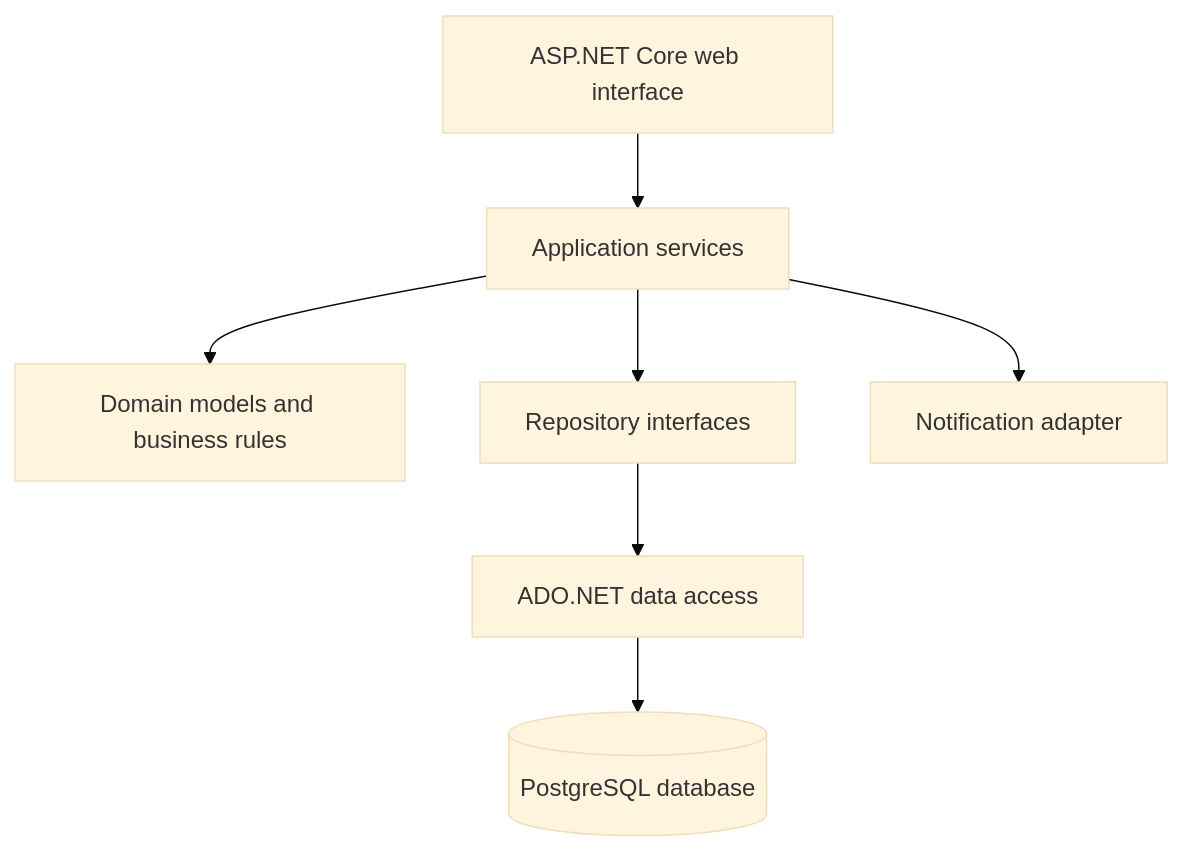
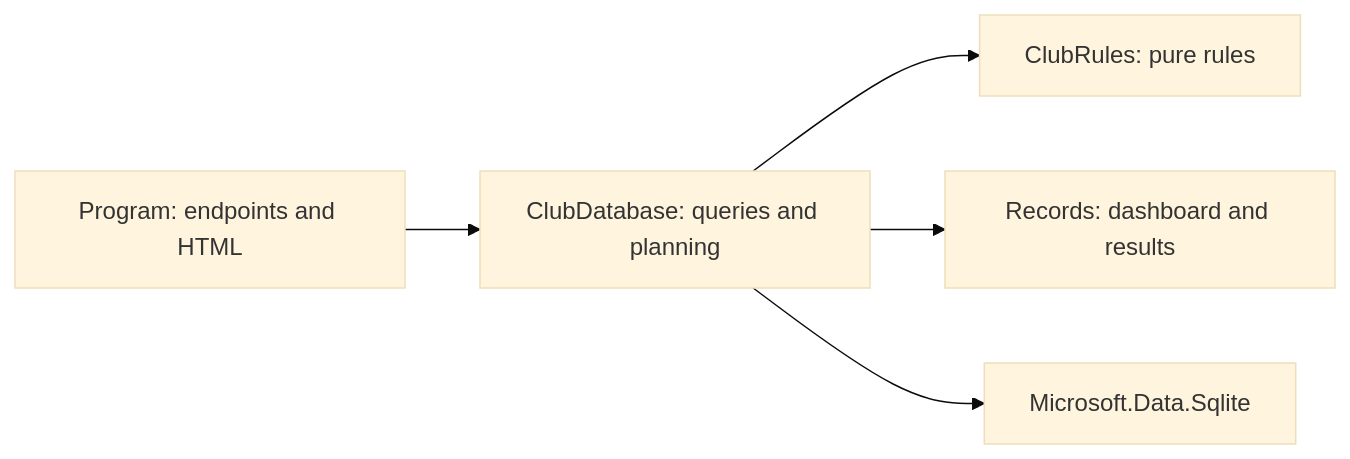
One commit to Daan5556/3-challenge changed the third of 3 diagrams in docs/design/software-design.md. Above: the diagram before and after it, drawn with Mermaid (base theme). The commit also changed other lines of this file and 21 other files, not shown here.

````diff
--- a/docs/design/software-design.md
+++ b/docs/design/software-design.md
@@ -43,9 +32,7 @@
 ```mermaid
-flowchart TB
-    UI[ASP.NET Core web interface] --> Services[Application services]
-    Services --> Domain[Domain models and business rules]
-    Services --> Repositories[Repository interfaces]
-    Repositories --> SQL[ADO.NET data access]
-    SQL --> DB[(PostgreSQL database)]
-    Services --> Notifications[Notification adapter]
+flowchart LR
+    Routes[Program: endpoints and HTML] --> Repository[ClubDatabase: queries and planning]
+    Repository --> Rules[ClubRules: pure rules]
+    Repository --> Models[Records: dashboard and results]
+    Repository --> Sqlite[Microsoft.Data.Sqlite]
 ```
````
